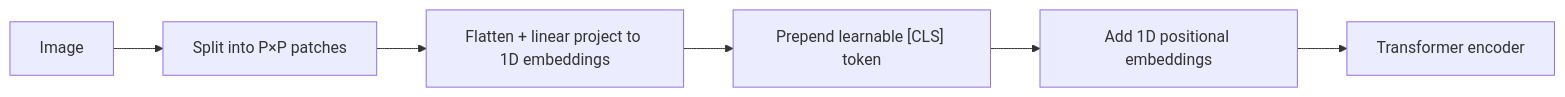
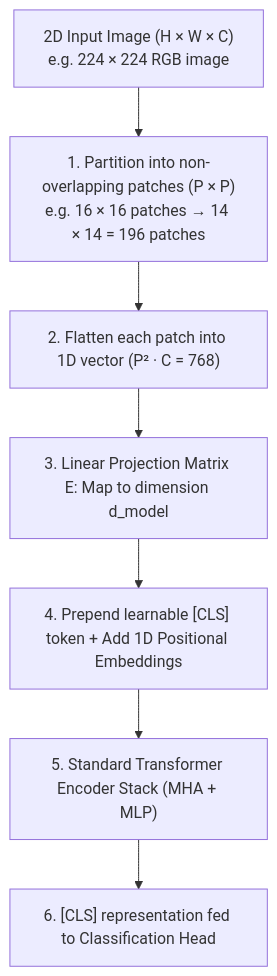
One commit to 1345AbhishekKumar/cs-cookbook changed the first of 6 diagrams in content/docs/ai-agents/agentic-ai/09-recap-and-current-trends.mdx. Above: the diagram before and after it, drawn with Mermaid. The commit also changed other lines of this file and 299 other files, not shown here.

````diff
--- a/content/docs/ai-agents/agentic-ai/09-recap-and-current-trends.mdx
+++ b/content/docs/ai-agents/agentic-ai/09-recap-and-current-trends.mdx
@@ -30,8 +38,9 @@
 ```mermaid
-flowchart LR
-    Img["Image"] --> Patches["Split into P×P patches"]
-    Patches --> Proj["Flatten + linear project to 1D embeddings"]
-    Proj --> CLS["Prepend learnable [CLS] token"]
-    CLS --> Pos["Add 1D positional embeddings"]
-    Pos --> Enc["Transformer encoder"]
+flowchart TD
+    Img["2D Input Image (H × W × C)<br/>e.g. 224 × 224 RGB image"] --> Patches["1. Partition into non-overlapping patches (P × P)<br/>e.g. 16 × 16 patches → 14 × 14 = 196 patches"]
+    Patches --> Flatten["2. Flatten each patch into 1D vector (P² · C = 768)"]
+    Flatten --> Proj["3. Linear Projection Matrix E: Map to dimension d_model"]
+    Proj --> Prep["4. Prepend learnable [CLS] token + Add 1D Positional Embeddings"]
+    Prep --> Enc["5. Standard Transformer Encoder Stack (MHA + MLP)"]
+    Enc --> Out["6. [CLS] representation fed to Classification Head"]
 ```
````
